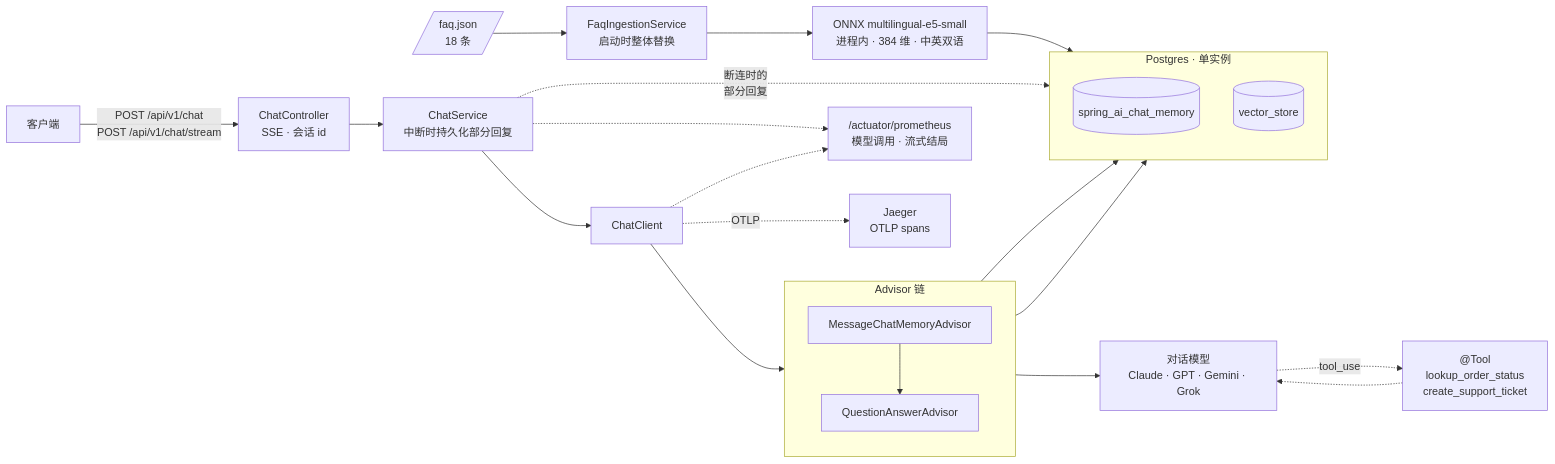
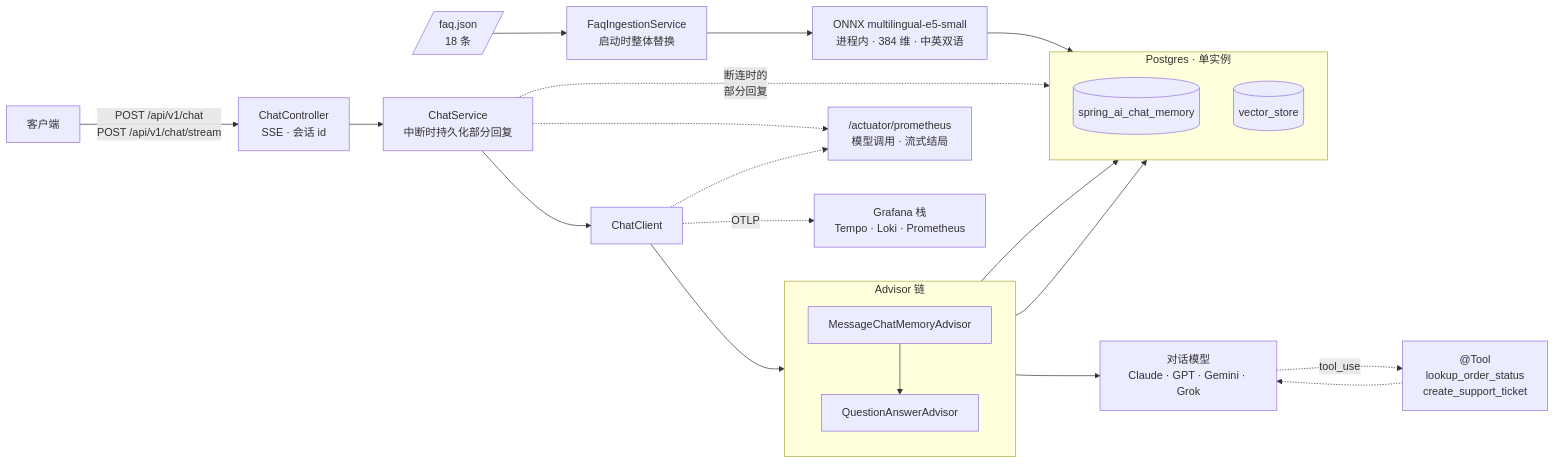
One commit to lai3d/ai-customer-service-java changed the first of 2 diagrams in README.zh.md. Above: the diagram before and after it, drawn with Mermaid. The commit also changed other lines of this file and 28 other files, not shown here.

````diff
--- a/README.zh.md
+++ b/README.zh.md
@@ -51,48 +51,48 @@
 ```mermaid
 flowchart LR
     Client["客户端"]
     Ctl["ChatController<br/>SSE · 会话 id"]
     Svc["ChatService<br/>中断时持久化部分回复"]
     CC["ChatClient"]
 
     subgraph Chain["Advisor 链"]
         direction TB
         Mem["MessageChatMemoryAdvisor"]
         QA["QuestionAnswerAdvisor"]
         Mem --> QA
     end
 
     Claude["对话模型<br/>Claude · GPT · Gemini · Grok"]
     Tools["@Tool<br/>lookup_order_status<br/>create_support_ticket"]
 
     subgraph PG["Postgres · 单实例"]
         direction TB
         CM[("spring_ai_chat_memory")]
         VS[("vector_store")]
     end
 
     Ingest["FaqIngestionService<br/>启动时整体替换"]
     Corpus[/"faq.json<br/>18 条"/]
     Embed["ONNX multilingual-e5-small<br/>进程内 · 384 维 · 中英双语"]
     Prom["/actuator/prometheus<br/>模型调用 · 流式结局"]
-    Jaeger["Jaeger<br/>OTLP spans"]
+    Tempo["Grafana 栈<br/>Tempo · Loki · Prometheus"]
 
     Client -->|"POST /api/v1/chat<br/>POST /api/v1/chat/stream"| Ctl
     Ctl --> Svc
     Svc --> CC
     CC --> Chain
     Chain --> Claude
     Claude -.->|"tool_use"| Tools
     Tools -.-> Claude
 
     Mem --> CM
     QA --> VS
     Corpus --> Ingest
     Ingest --> Embed
     Embed --> VS
     Svc -.->|"断连时的<br/>部分回复"| CM
     Svc -.-> Prom
     CC -.-> Prom
-    CC -.->|"OTLP"| Jaeger
+    CC -.->|"OTLP"| Tempo
 
 ```
````
